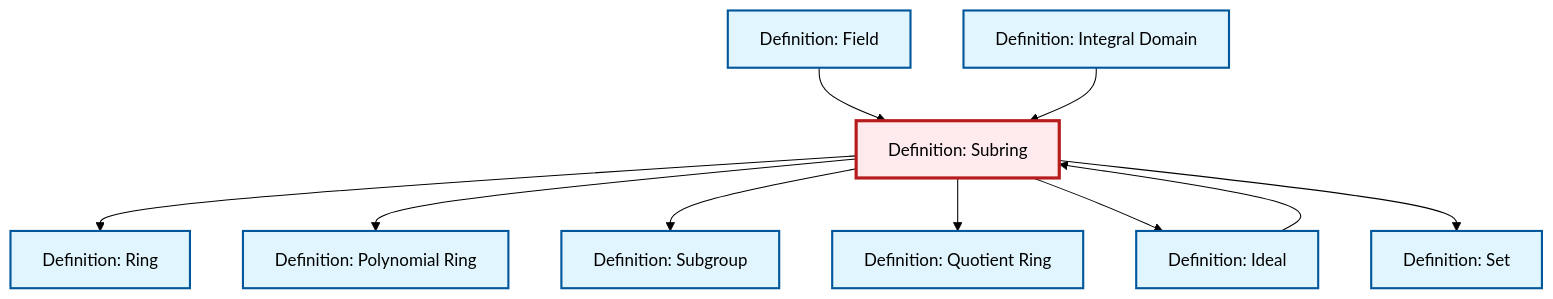
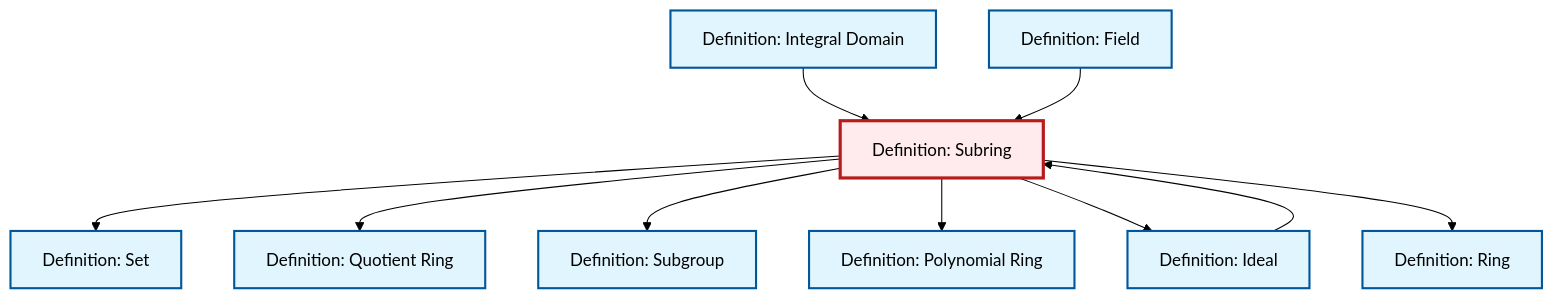
The diagram in content/ja/algebra/def-subring.qmd (RK0429/ModernMath), drawn with Mermaid (forest theme) before and after one commit. The commit also changed other lines of this file and 634 other files, not shown here.

First line of the commit message:
feat: Add prime ideal definition with comprehensive cross-references

````diff
--- a/content/ja/algebra/def-subring.qmd
+++ b/content/ja/algebra/def-subring.qmd
@@ -85,36 +85,36 @@
 ```{mermaid}
 %%| fig-cap: "Local dependency graph"
 graph TD
     classDef definition fill:#e1f5fe,stroke:#01579b,stroke-width:2px
     classDef theorem fill:#f3e5f5,stroke:#4a148c,stroke-width:2px
     classDef axiom fill:#fff3e0,stroke:#e65100,stroke-width:2px
     classDef example fill:#e8f5e9,stroke:#1b5e20,stroke-width:2px
     classDef current fill:#ffebee,stroke:#b71c1c,stroke-width:3px
+    def-quotient-ring["Definition: Quotient Ring"]:::definition
+    def-subgroup["Definition: Subgroup"]:::definition
+    def-ring["Definition: Ring"]:::definition
     def-integral-domain["Definition: Integral Domain"]:::definition
+    def-subring["Definition: Subring"]:::definition
+    def-field["Definition: Field"]:::definition
     def-set["Definition: Set"]:::definition
     def-ideal["Definition: Ideal"]:::definition
-    def-subgroup["Definition: Subgroup"]:::definition
-    def-subring["Definition: Subring"]:::definition
-    def-quotient-ring["Definition: Quotient Ring"]:::definition
     def-polynomial-ring["Definition: Polynomial Ring"]:::definition
-    def-field["Definition: Field"]:::definition
-    def-ring["Definition: Ring"]:::definition
+    def-integral-domain --> def-subring
+    def-subring --> def-set
+    def-ideal --> def-subring
+    def-subring --> def-quotient-ring
     def-field --> def-subring
+    def-subring --> def-subgroup
+    def-subring --> def-polynomial-ring
+    def-subring --> def-ideal
     def-subring --> def-ring
-    def-integral-domain --> def-subring
-    def-ideal --> def-subring
-    def-subring --> def-polynomial-ring
-    def-subring --> def-subgroup
-    def-subring --> def-quotient-ring
-    def-subring --> def-ideal
-    def-subring --> def-set
     class def-subring current
+    click def-quotient-ring "def-quotient-ring.html" "Definition: Quotient Ringへ"
+    click def-subgroup "def-subgroup.html" "Definition: Subgroupへ"
+    click def-ring "def-ring.html" "Definition: Ringへ"
     click def-integral-domain "def-integral-domain.html" "Definition: Integral Domainへ"
+    click def-field "def-field.html" "Definition: Fieldへ"
     click def-set "def-set.html" "Definition: Setへ"
     click def-ideal "def-ideal.html" "Definition: Idealへ"
-    click def-subgroup "def-subgroup.html" "Definition: Subgroupへ"
-    click def-quotient-ring "def-quotient-ring.html" "Definition: Quotient Ringへ"
     click def-polynomial-ring "def-polynomial-ring.html" "Definition: Polynomial Ringへ"
-    click def-field "def-field.html" "Definition: Fieldへ"
-    click def-ring "def-ring.html" "Definition: Ringへ"
 ```
````
